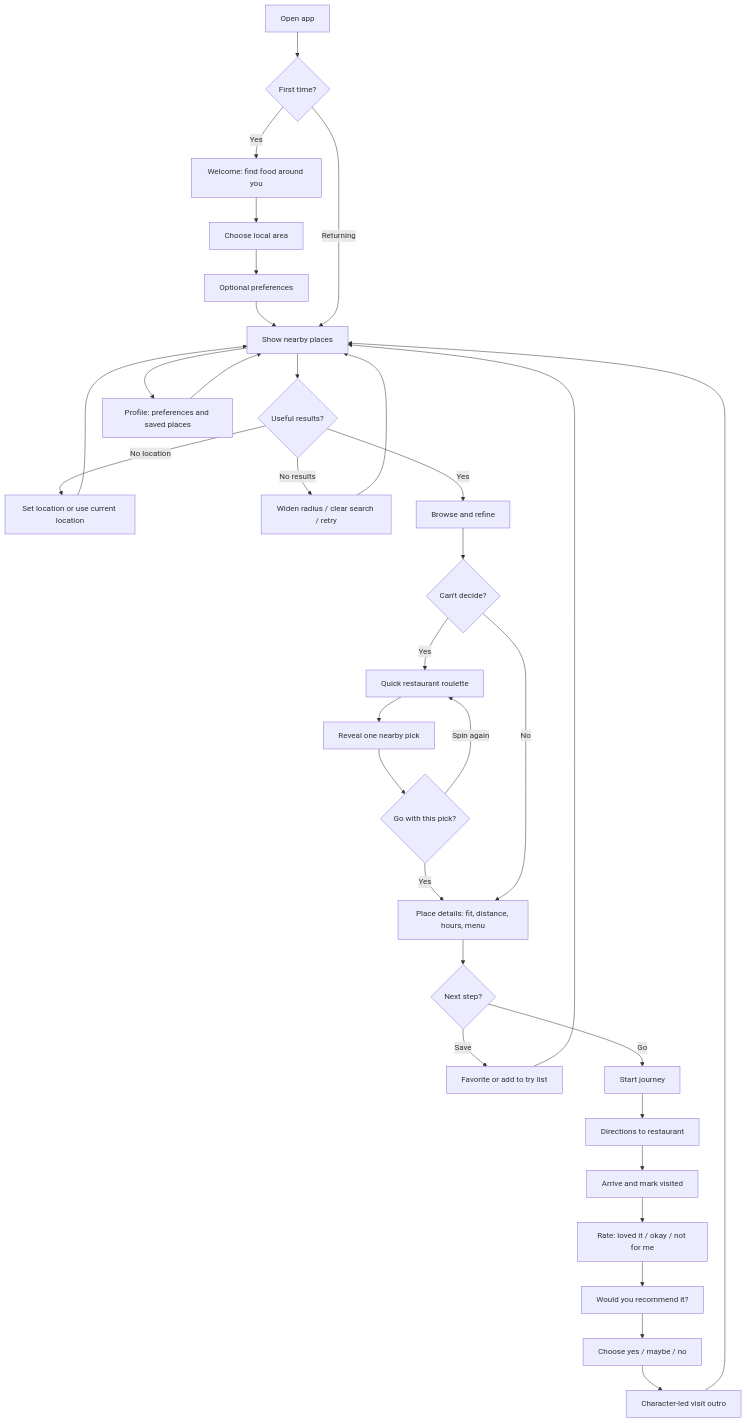
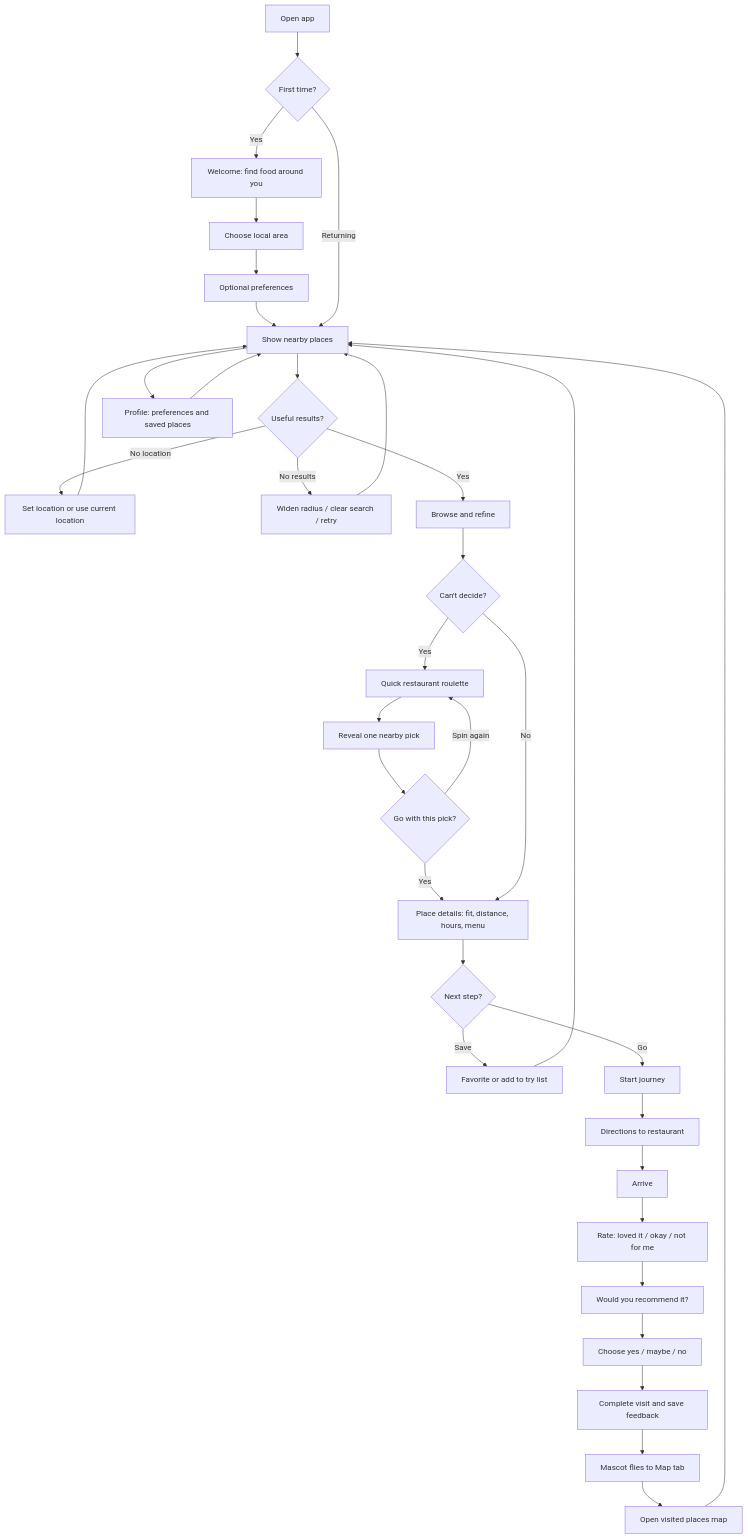
Before and after one commit to cudldev/lunumi: the second of 2 diagrams in docs/flow-design-plan.md, drawn with Mermaid. The commit also changed other lines of this file and 3 other files, not shown here.

Commit message:
Require visit feedback before completion

````diff
--- a/docs/flow-design-plan.md
+++ b/docs/flow-design-plan.md
@@ -37,35 +37,37 @@
 ```mermaid
 flowchart TD
   A[Open app] --> B{First time?}
   B -- Yes --> C[Welcome: find food around you]
   C --> D[Choose local area]
   D --> E[Optional preferences]
   E --> F[Show nearby places]
   B -- Returning --> F
   F --> G{Useful results?}
   G -- No location --> H[Set location or use current location]
   H --> F
   G -- No results --> I[Widen radius / clear search / retry]
   I --> F
   G -- Yes --> J[Browse and refine]
   J --> R{Can't decide?}
   R -- Yes --> S[Quick restaurant roulette]
   S --> T[Reveal one nearby pick]
   T --> RA{Go with this pick?}
   RA -- Yes --> K
   RA -- Spin again --> S
   R -- No --> K[Place details: fit, distance, hours, menu]
   K --> L{Next step?}
   L -- Save --> M[Favorite or add to try list]
   L -- Go --> N[Start journey]
   N --> O[Directions to restaurant]
-  O --> P[Arrive and mark visited]
+  O --> P[Arrive]
   P --> Q[Rate: loved it / okay / not for me]
   Q --> U[Would you recommend it?]
   U --> V[Choose yes / maybe / no]
-  V --> W[Character-led visit outro]
-  W --> F
+  V --> W[Complete visit and save feedback]
+  W --> Y[Mascot flies to Map tab]
+  Y --> Z[Open visited places map]
+  Z --> F
   M --> F
   F --> X[Profile: preferences and saved places]
   X --> F
 ```
````
